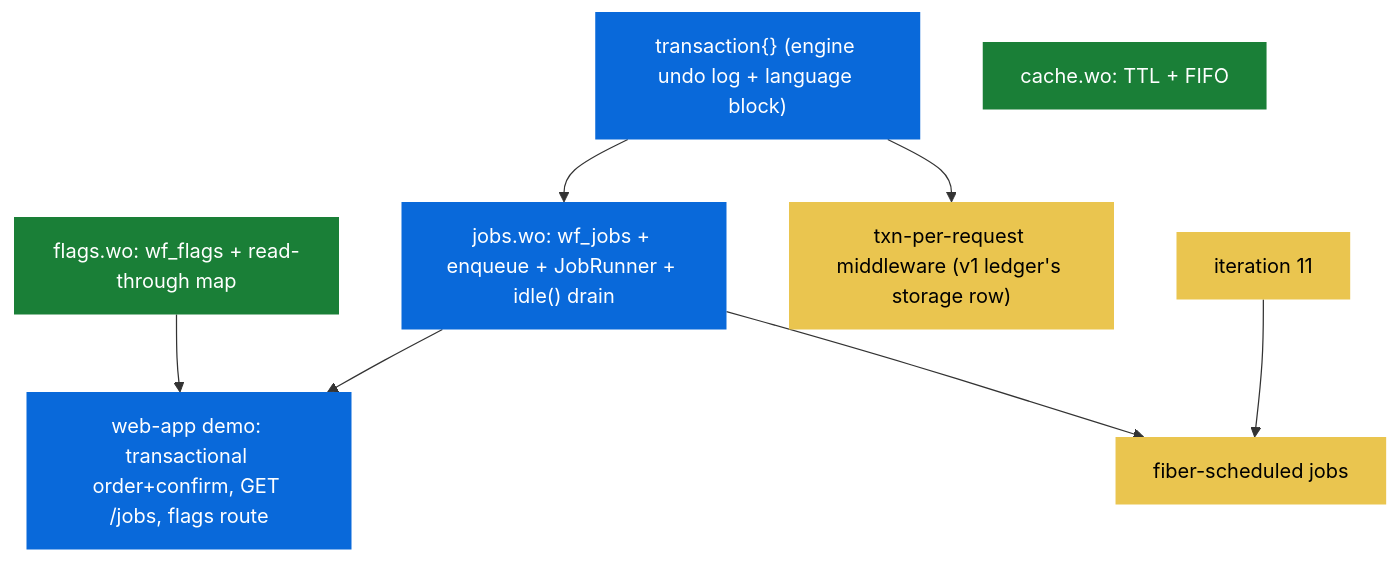
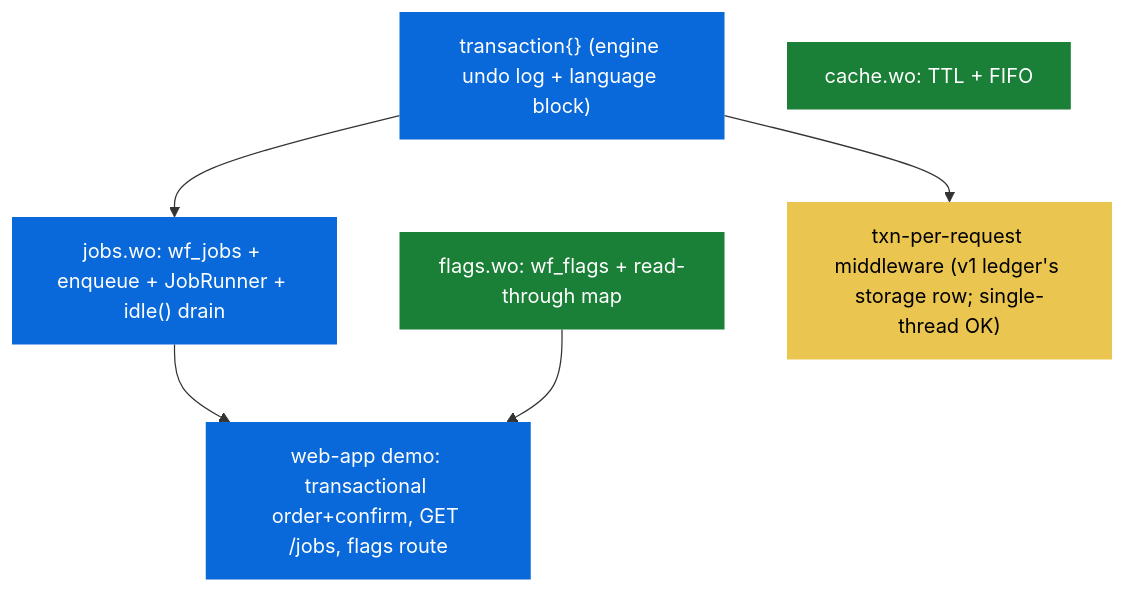
One commit to shoneyJ/writeonce changed the fourth of 4 diagrams in docs/00-dependency-graph.md. Above: the diagram before and after it, drawn with Mermaid. The commit also changed other lines of this file, not shown here.

First line of the commit message:
docs: dependency graph rebuilt — 17 edges, concurrency chain, drain

````diff
--- a/docs/00-dependency-graph.md
+++ b/docs/00-dependency-graph.md
@@ -147,22 +204,18 @@
 ```mermaid
 flowchart TD
     classDef piece fill:#0969da,color:#fff,stroke:none
     classDef indep fill:#1a7f37,color:#fff,stroke:none
     classDef later fill:#eac54f,color:#000,stroke:none
 
     TXN["transaction{} (engine undo log + language block)"]:::piece
     JOBS["jobs.wo: wf_jobs + enqueue + JobRunner + idle() drain"]:::piece
     DEMO["web-app demo: transactional order+confirm, GET /jobs, flags route"]:::piece
     CACHE["cache.wo: TTL + FIFO"]:::indep
     FLAGS["flags.wo: wf_flags + read-through map"]:::indep
-    TPRMW["txn-per-request middleware (v1 ledger's storage row)"]:::later
-    FIBJ["fiber-scheduled jobs"]:::later
-    I11B["iteration 11"]:::later
+    TPRMW["txn-per-request middleware (v1 ledger's storage row; single-thread OK)"]:::later
 
     TXN --> JOBS
     JOBS --> DEMO
     FLAGS --> DEMO
     TXN --> TPRMW
-    I11B --> FIBJ
-    JOBS --> FIBJ
 ```
````
